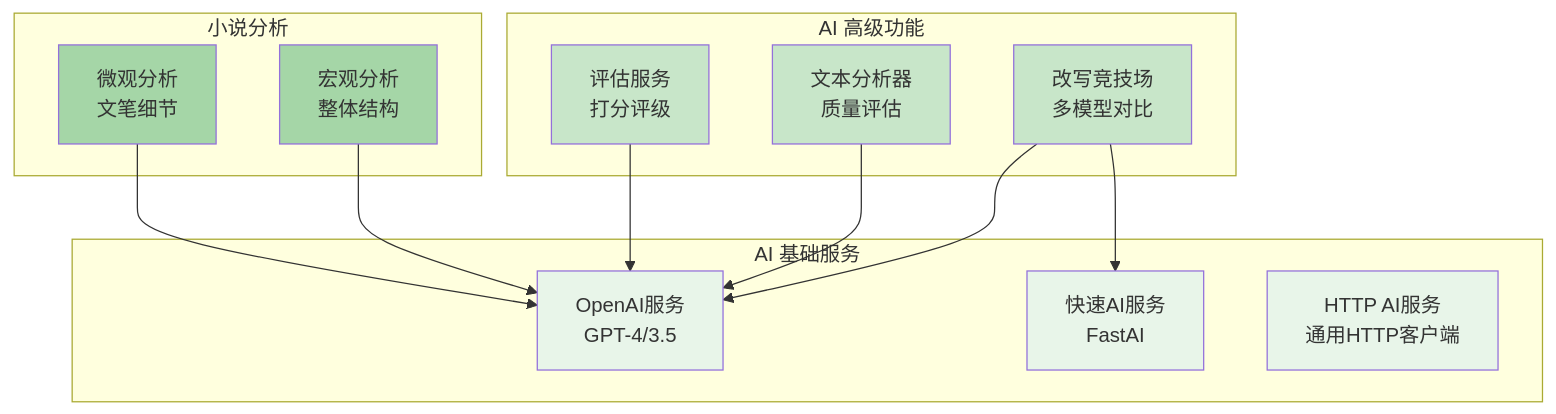
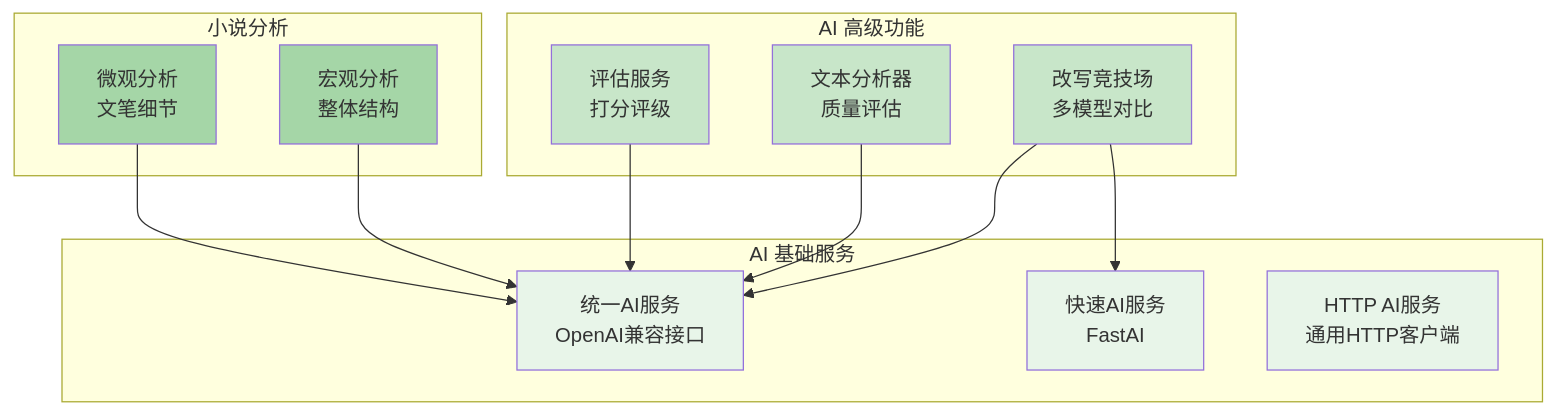
One commit to alin776/ai_writer changed the fifth of 10 diagrams in docs/架构图/01-系统整体架构.md. Above: the diagram before and after it, drawn with Mermaid. The commit also changed other lines of this file and 7 other files, not shown here.

````diff
--- a/docs/架构图/01-系统整体架构.md
+++ b/docs/架构图/01-系统整体架构.md
@@ -152,35 +152,35 @@
 ```mermaid
 graph TB
     subgraph "AI 基础服务"
-        A1[OpenAI服务<br/>GPT-4/3.5]
+        A1[统一AI服务<br/>OpenAI兼容接口]
         A2[快速AI服务<br/>FastAI]
         A3[HTTP AI服务<br/>通用HTTP客户端]
     end
 
     subgraph "AI 高级功能"
         B1[改写竞技场<br/>多模型对比]
         B2[文本分析器<br/>质量评估]
         B3[评估服务<br/>打分评级]
     end
 
     subgraph "小说分析"
         C1[宏观分析<br/>整体结构]
         C2[微观分析<br/>文笔细节]
     end
 
     B1 --> A1
     B1 --> A2
     B2 --> A1
     B3 --> A1
     C1 --> A1
     C2 --> A1
 
     style A1 fill:#e8f5e9
     style A2 fill:#e8f5e9
     style A3 fill:#e8f5e9
     style B1 fill:#c8e6c9
     style B2 fill:#c8e6c9
     style B3 fill:#c8e6c9
     style C1 fill:#a5d6a7
     style C2 fill:#a5d6a7
 ```
````
